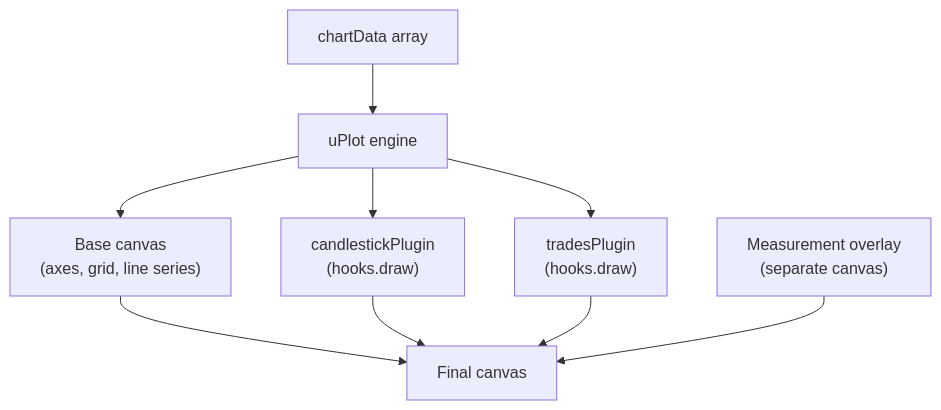
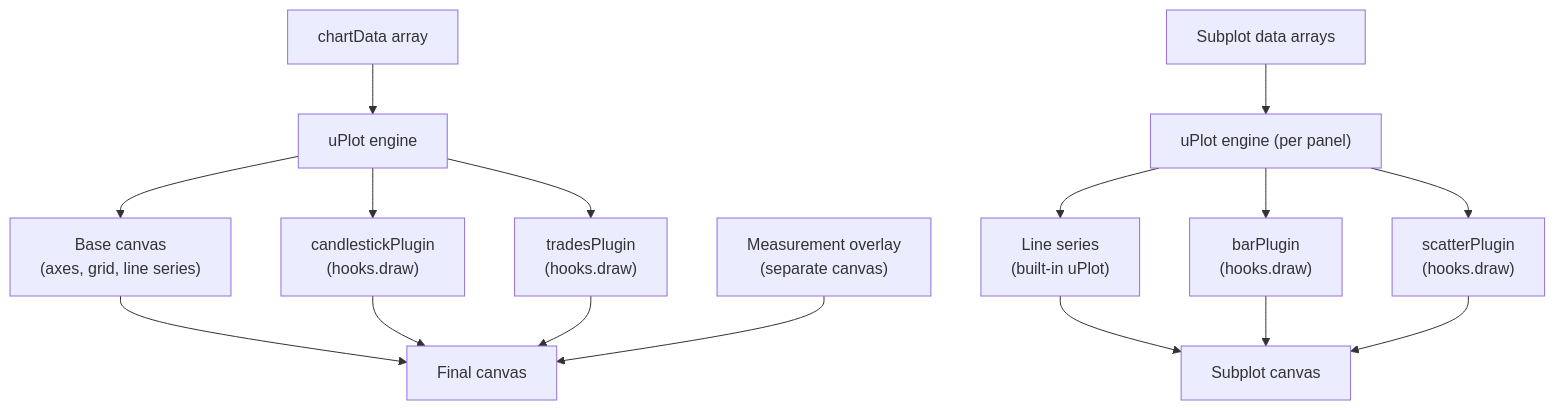
The sixth of 10 diagrams in docs/how-it-works.md (tschm/pycharting), drawn with Mermaid before and after one commit. The commit also changed other lines of this file and 1 other file, not shown here.

Commit message:
updated subplot types and docs

````diff
--- a/docs/how-it-works.md
+++ b/docs/how-it-works.md
@@ -190,11 +191,19 @@
 ```mermaid
 graph TD
     A["chartData array"] --> B["uPlot engine"]
     B --> C["Base canvas\n(axes, grid, line series)"]
     B --> D["candlestickPlugin\n(hooks.draw)"]
     B --> E["tradesPlugin\n(hooks.draw)"]
     C --> F["Final canvas"]
     D --> F
     E --> F
     G["Measurement overlay\n(separate canvas)"] --> F
+
+    H["Subplot data arrays"] --> I["uPlot engine (per panel)"]
+    I --> J["Line series\n(built-in uPlot)"]
+    I --> K["barPlugin\n(hooks.draw)"]
+    I --> L["scatterPlugin\n(hooks.draw)"]
+    J --> M["Subplot canvas"]
+    K --> M
+    L --> M
 ```
````
